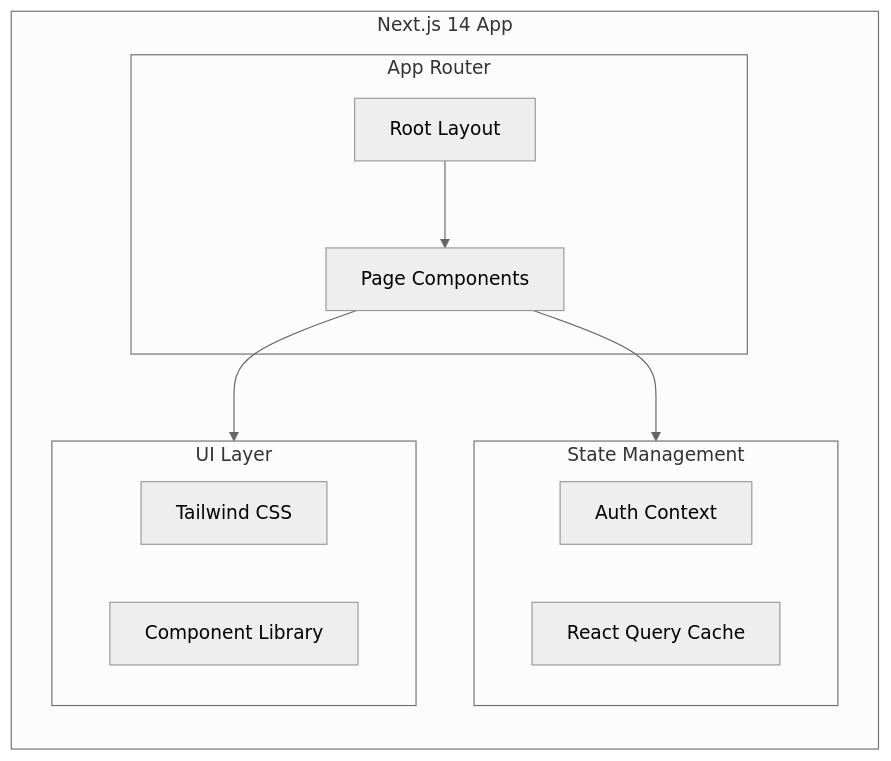
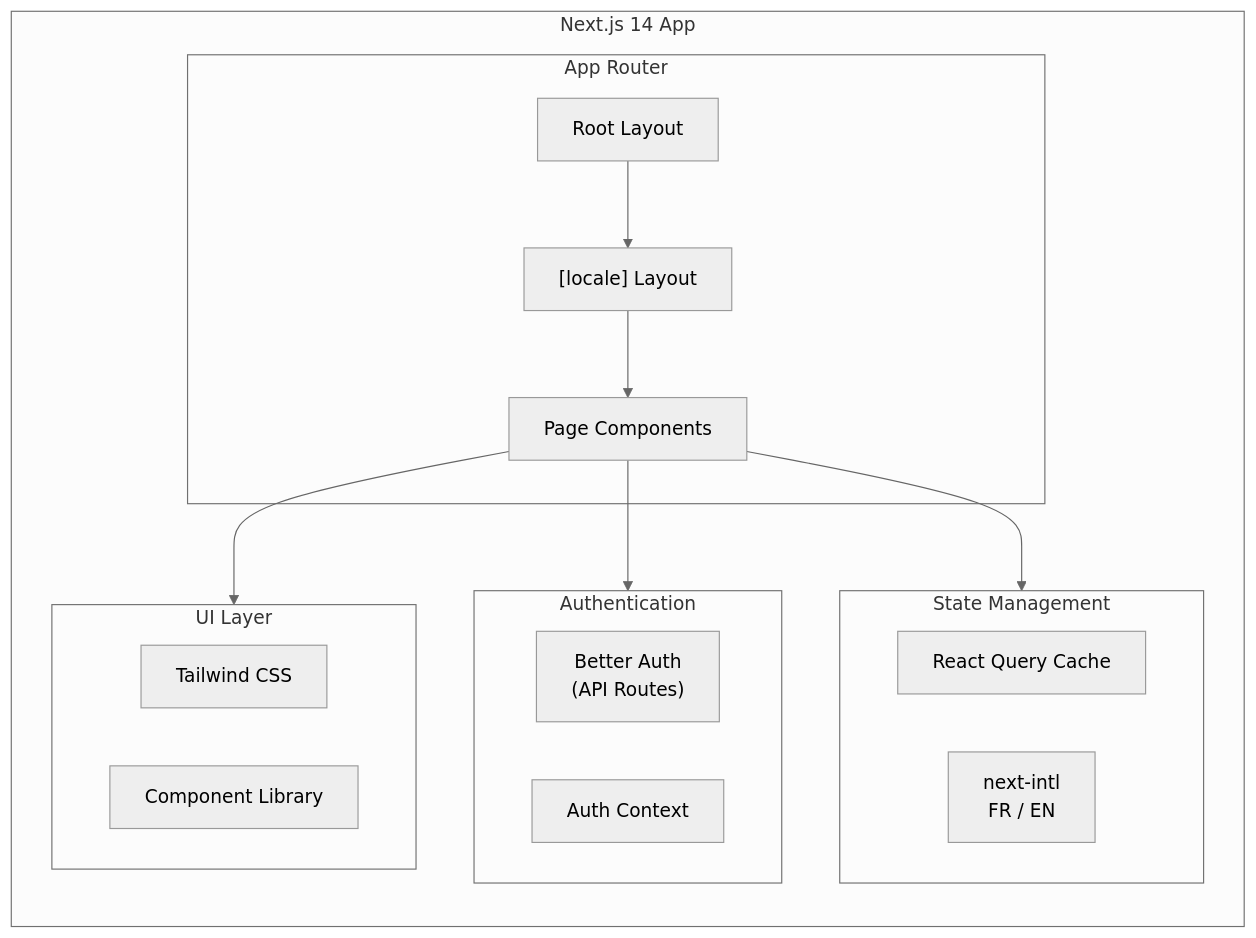
Before and after one commit to benjamin-karaoglan/appartment-agent: the second of 9 diagrams in docs/architecture/overview.md, drawn with Mermaid (neutral theme). The commit also changed other lines of this file and 22 other files, not shown here.

````diff
--- a/docs/architecture/overview.md
+++ b/docs/architecture/overview.md
@@ -71,23 +71,30 @@
 ```mermaid
 flowchart LR
     subgraph NextJS["Next.js 14 App"]
         subgraph AppRouter["App Router"]
             Layout["Root Layout"]
+            Locale["[locale] Layout"]
             Pages["Page Components"]
         end
 
+        subgraph Auth["Authentication"]
+            BetterAuth["Better Auth<br/>(API Routes)"]
+            AuthContext["Auth Context"]
+        end
+
         subgraph State["State Management"]
-            AuthContext["Auth Context"]
             ReactQuery["React Query Cache"]
+            i18n["next-intl<br/>FR / EN"]
         end
 
         subgraph UI["UI Layer"]
             Tailwind["Tailwind CSS"]
             Components["Component Library"]
         end
     end
 
-    Layout --> Pages
+    Layout --> Locale --> Pages
+    Pages --> Auth
     Pages --> State
     Pages --> UI
 ```
````
